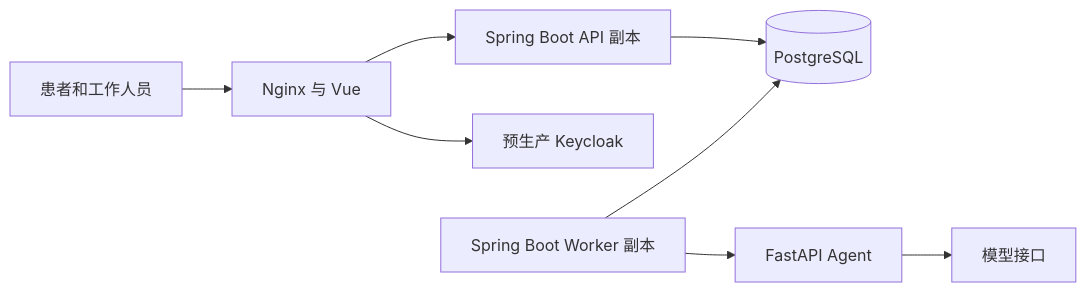
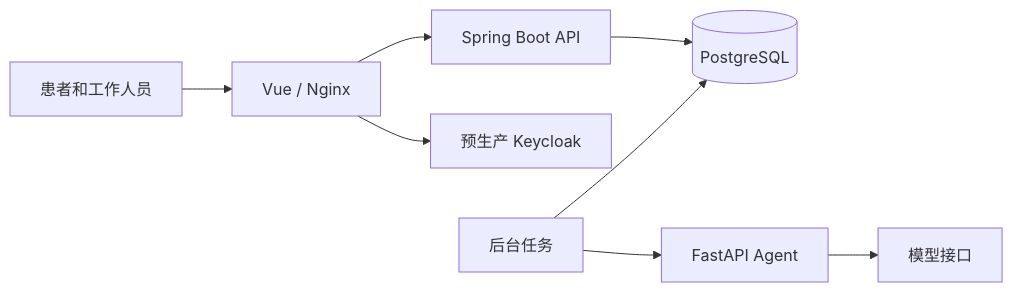
Before and after one commit to W205614/CareContinuo: the diagram in README.md, drawn with Mermaid. The commit also changed other lines of this file and 2 other files, not shown here.

````diff
--- a/README.md
+++ b/README.md
@@ -58,10 +57,10 @@
 ```mermaid
 flowchart LR
-  Browser[患者和工作人员] --> Edge[Nginx 与 Vue]
-  Edge --> API[Spring Boot API 副本]
-  Edge --> IDP[预生产 Keycloak]
-  API --> DB[(PostgreSQL)]
-  Worker[Spring Boot Worker 副本] --> DB
-  Worker --> Agent[FastAPI Agent]
-  Agent --> Model[模型接口]
+  Browser["患者和工作人员"] --> Web["Vue / Nginx"]
+  Web --> API["Spring Boot API"]
+  Web --> Keycloak["预生产 Keycloak"]
+  API --> DB[("PostgreSQL")]
+  Worker["后台任务"] --> DB
+  Worker --> Agent["FastAPI Agent"]
+  Agent --> Model["模型接口"]
 ```
````
